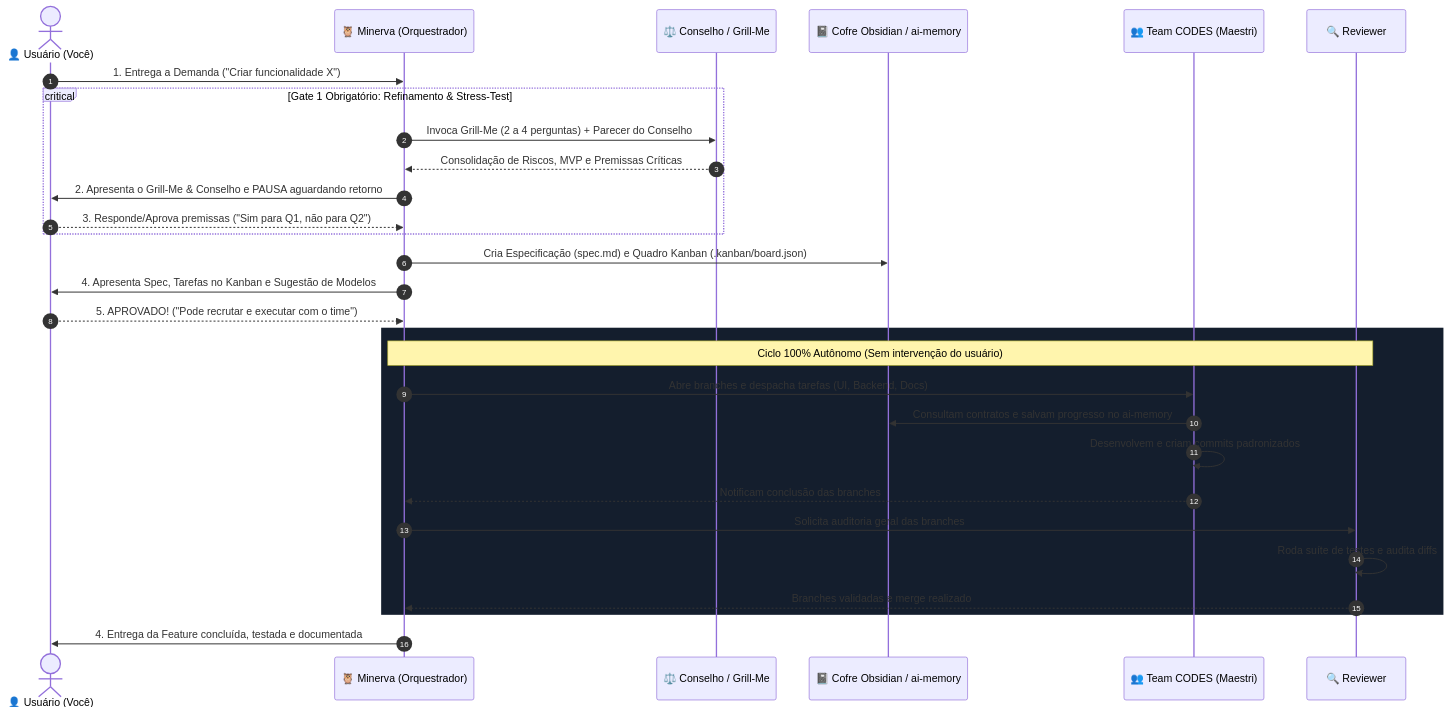
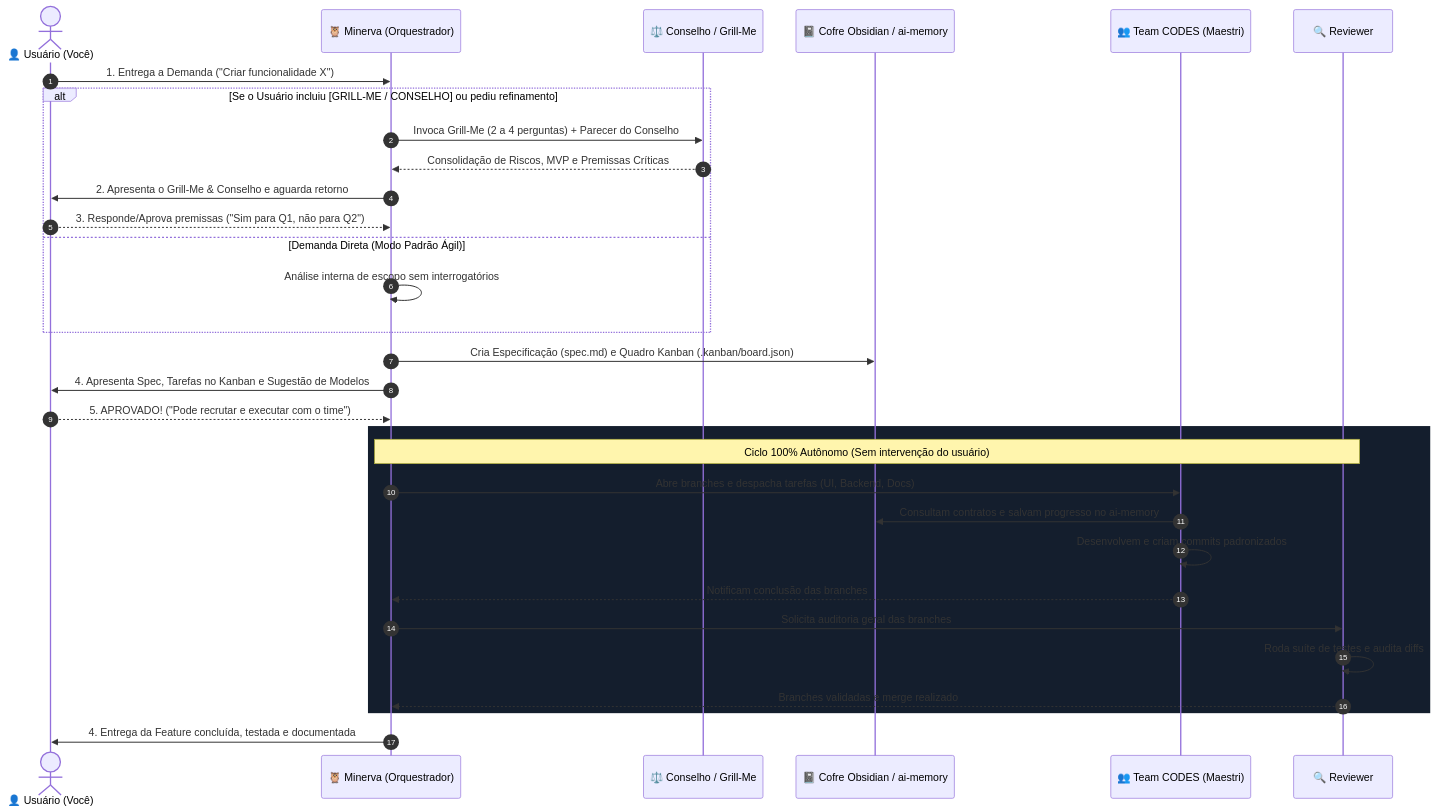
The fifth of 6 diagrams in vault/Agentes/Workspace/Orquestração de Projetos - Minerva & Conselho.md (lk-feitosa/minerva-workspace), drawn with Mermaid before and after one commit. The commit also changed other lines of this file, not shown here.

Commit message:
✨ feat(minerva): tornar Grill-Me e Conselho sob demanda do usuário (opt-in via [GRILL-ME])

````diff
--- a/vault/Agentes/Workspace/Orquestração de Projetos - Minerva & Conselho.md
+++ b/vault/Agentes/Workspace/Orquestração de Projetos - Minerva & Conselho.md
@@ -357,34 +358,36 @@
 ```mermaid
 sequenceDiagram
     autonumber
     actor User as 👤 Usuário (Você)
     participant M as 🦉 Minerva (Orquestrador)
     participant C as ⚖️ Conselho / Grill-Me
     participant O as 📓 Cofre Obsidian / ai-memory
     participant T as 👥 Team CODES (Maestri)
     participant R as 🔍 Reviewer
 
     User->>M: 1. Entrega a Demanda ("Criar funcionalidade X")
-    critical Gate 1 Obrigatório: Refinamento & Stress-Test
+    alt Se o Usuário incluiu [GRILL-ME / CONSELHO] ou pediu refinamento
         M->>C: Invoca Grill-Me (2 a 4 perguntas) + Parecer do Conselho
         C-->>M: Consolidação de Riscos, MVP e Premissas Críticas
-        M->>User: 2. Apresenta o Grill-Me & Conselho e PAUSA aguardando retorno
+        M->>User: 2. Apresenta o Grill-Me & Conselho e aguarda retorno
         User-->>M: 3. Responde/Aprova premissas ("Sim para Q1, não para Q2")
+    else Demanda Direta (Modo Padrão Ágil)
+        M->>M: Análise interna de escopo sem interrogatórios
     end
     M->>O: Cria Especificação (spec.md) e Quadro Kanban (.kanban/board.json)
     M->>User: 4. Apresenta Spec, Tarefas no Kanban e Sugestão de Modelos
     User-->>M: 5. APROVADO! ("Pode recrutar e executar com o time")
     
     rect rgb(20, 30, 45)
         Note over M,R: Ciclo 100% Autônomo (Sem intervenção do usuário)
         M->>T: Abre branches e despacha tarefas (UI, Backend, Docs)
         T->>O: Consultam contratos e salvam progresso no ai-memory
         T->>T: Desenvolvem e criam commits padronizados
         T-->>M: Notificam conclusão das branches
         M->>R: Solicita auditoria geral das branches
         R->>R: Roda suíte de testes e audita diffs
         R-->>M: Branches validadas e merge realizado
     end
     
     M->>User: 4. Entrega da Feature concluída, testada e documentada
 ```
````
